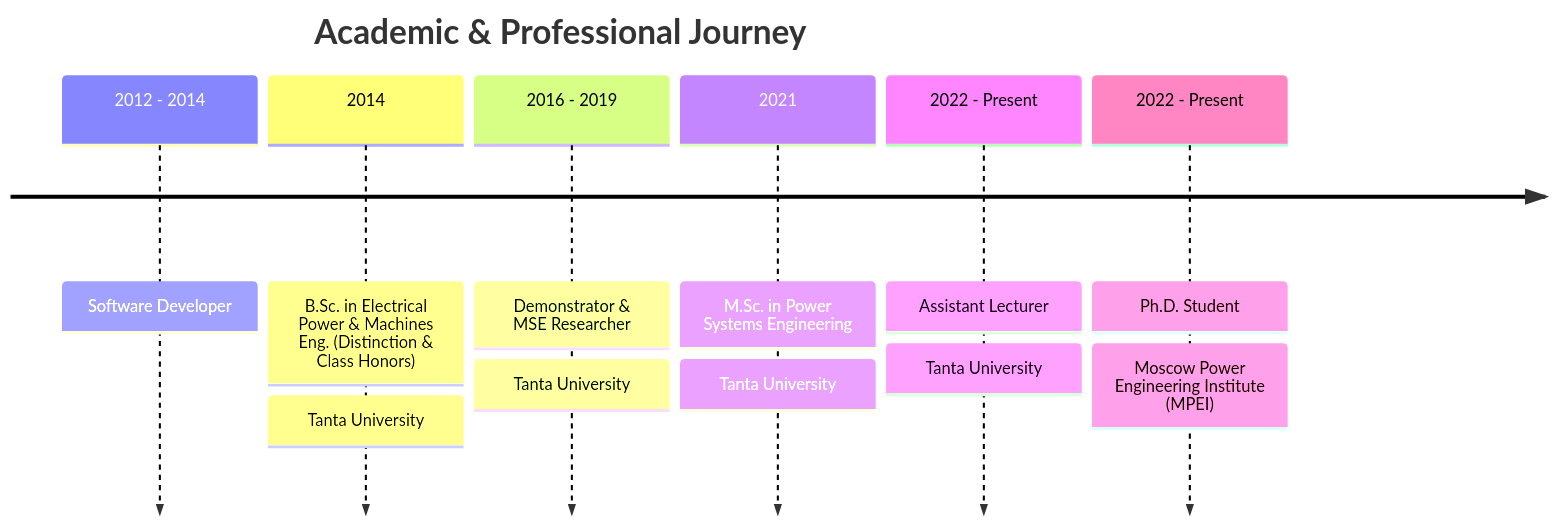
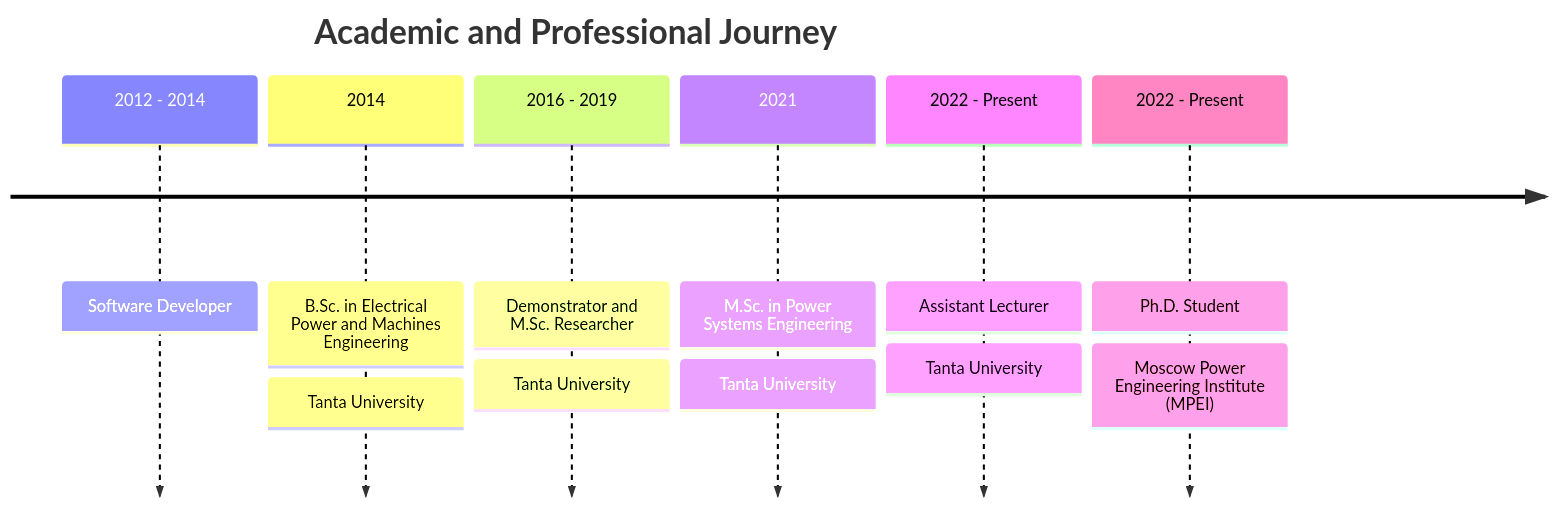
Before and after one commit to ahmelkholy/ahmelkholy: the diagram in README.md, drawn with Mermaid. The commit also changed other lines of this file and 1 other file, not shown here.

````diff
--- a/README.md
+++ b/README.md
@@ -45,10 +84,10 @@
 ```mermaid
 timeline
-    title Academic & Professional Journey
+    title Academic and Professional Journey
     2012 - 2014 : Software Developer
-    2014 : B.Sc. in Electrical Power & Machines Eng. (Distinction & Class Honors) : Tanta University
-    2016 - 2019 : Demonstrator & MSE Researcher : Tanta University
+    2014 : B.Sc. in Electrical Power and Machines Engineering : Tanta University
+    2016 - 2019 : Demonstrator and M.Sc. Researcher : Tanta University
     2021 : M.Sc. in Power Systems Engineering : Tanta University
     2022 - Present : Assistant Lecturer : Tanta University
     2022 - Present : Ph.D. Student : Moscow Power Engineering Institute (MPEI)
 ```
````
